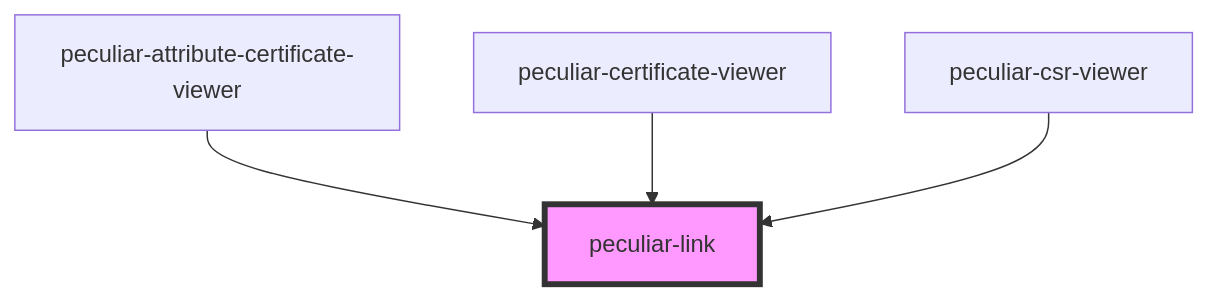
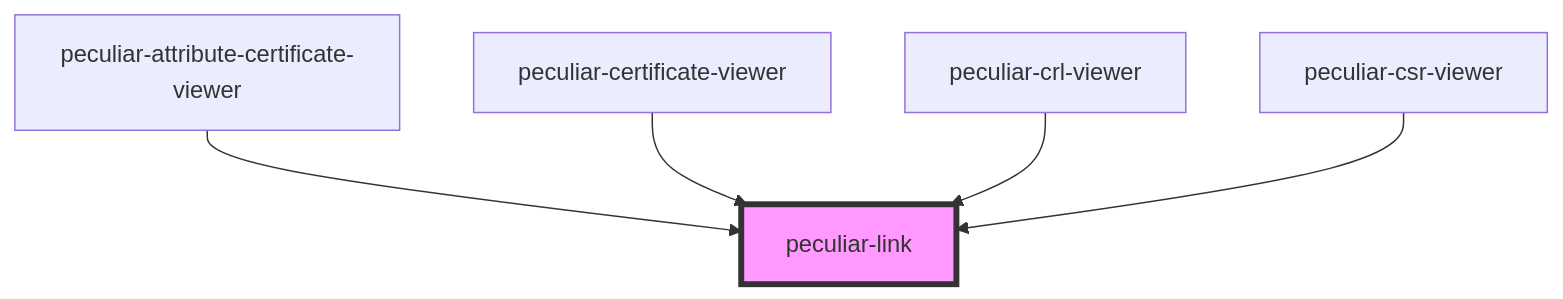
Before and after one commit to PeculiarVentures/pv-certificates-viewer: the diagram in packages/webcomponents/src/components/link/readme.md, drawn with Mermaid. The commit also changed other lines of this file and 5 other files, not shown here.

````diff
--- a/packages/webcomponents/src/components/link/readme.md
+++ b/packages/webcomponents/src/components/link/readme.md
@@ -25,7 +26,8 @@
 ```mermaid
 graph TD;
   peculiar-attribute-certificate-viewer --> peculiar-link
   peculiar-certificate-viewer --> peculiar-link
+  peculiar-crl-viewer --> peculiar-link
   peculiar-csr-viewer --> peculiar-link
   style peculiar-link fill:#f9f,stroke:#333,stroke-width:4px
 ```
````
